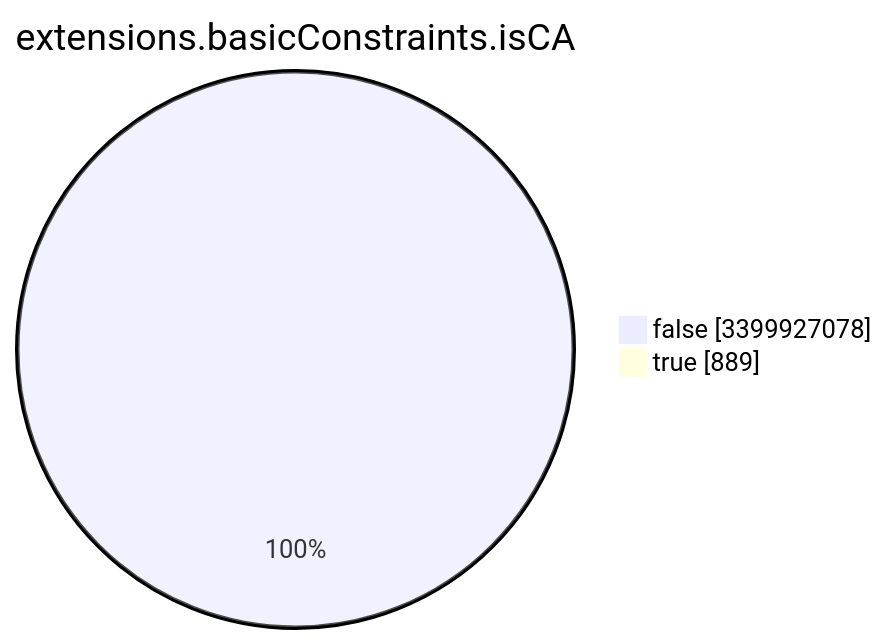
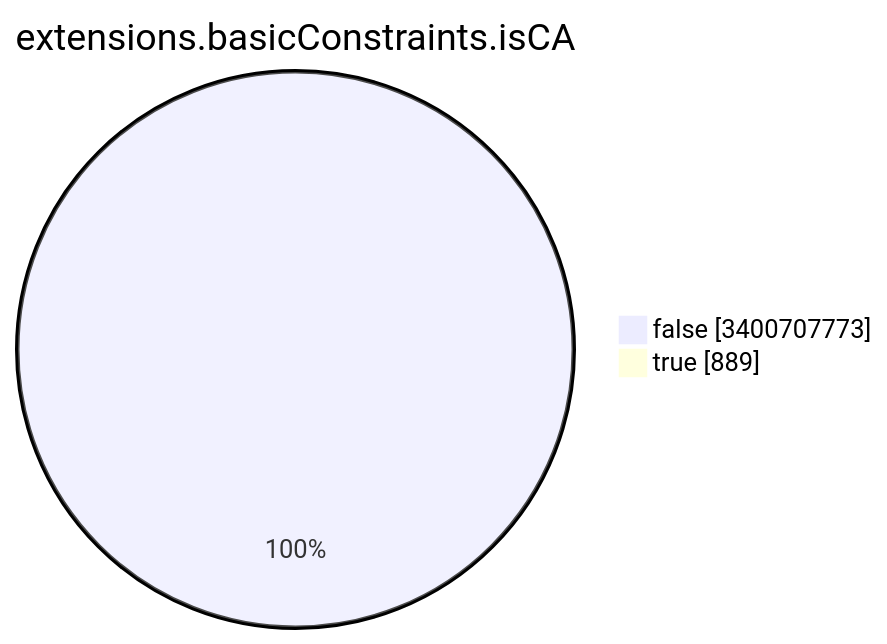
One commit to christiankrug/ctmonitor_visualization changed the seventh of 15 diagrams in TOTAL/README.md. Above: the diagram before and after it, drawn with Mermaid. The commit also changed other lines of this file, not shown here.

````diff
--- a/TOTAL/README.md
+++ b/TOTAL/README.md
@@ -3091,6 +3091,6 @@
 ```mermaid
 pie showData
 title extensions.basicConstraints.isCA
-"false" :3399927078
+"false" :3400707773
 "true" :889
 ```
````
